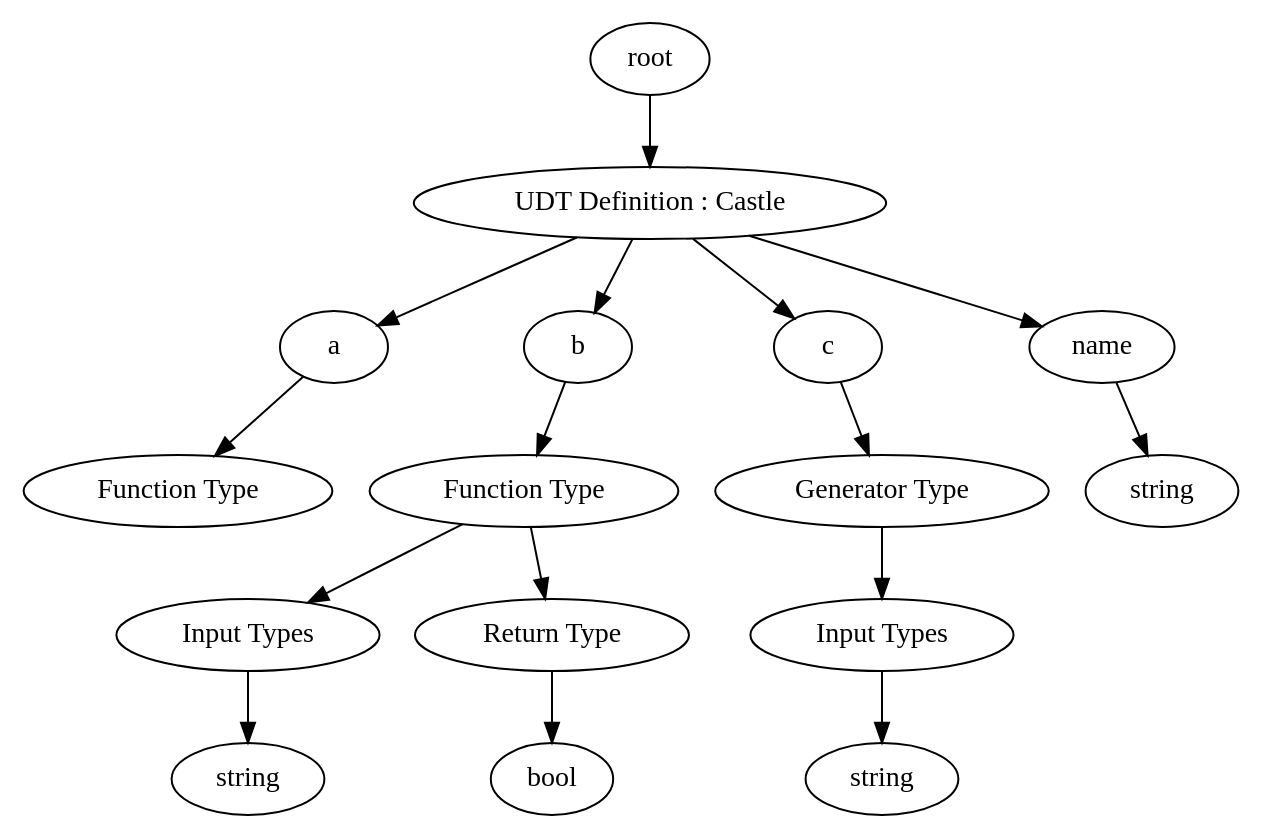
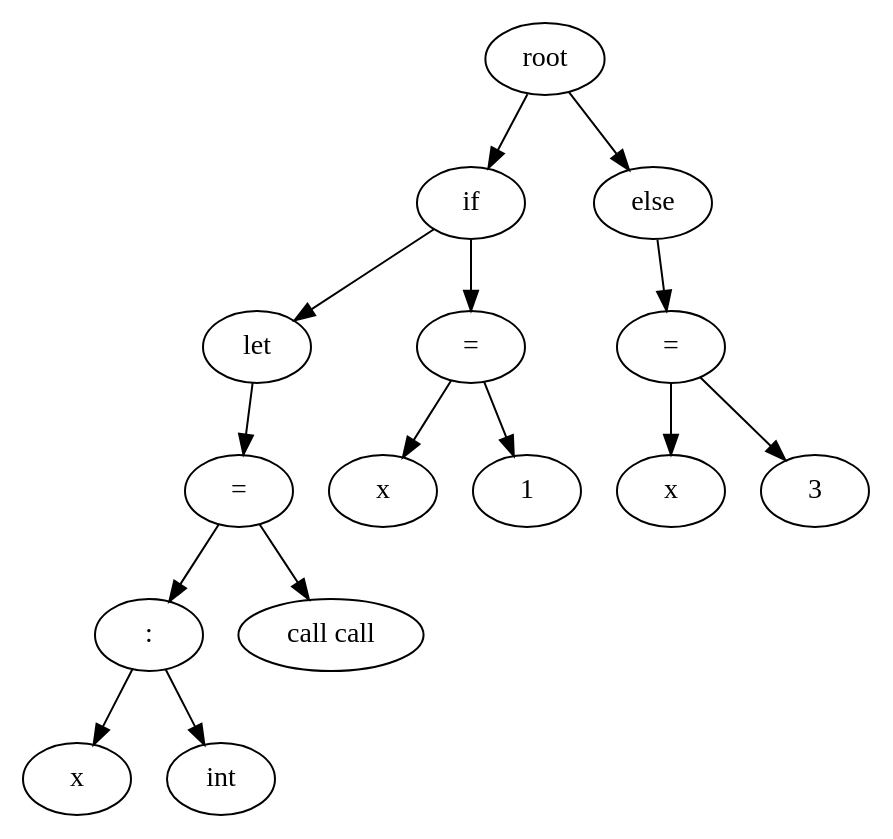
The diagram in examples/module.dot (pranav-ap/wasp-lang), drawn with Graphviz before and after one commit. The commit also changed 11 other files, not shown here.

```diff
--- a/examples/module.dot
+++ b/examples/module.dot
@@ -1,33 +1,31 @@
 digraph G { 
  "0"   [label="root"]; 
- "1"   [label="UDT Definition : Castle"]; 
+ "1"   [label="if"]; 
  "0" -> "1"; 
- "2"   [label="a"]; 
+ "2"   [label="let"]; 
  "1" -> "2"; 
- "3"   [label="Function Type"]; 
+ "3"   [label="="]; 
  "2" -> "3"; 
- "4"   [label="b"]; 
- "1" -> "4"; 
- "5"   [label="Function Type"]; 
+ "4"   [label=":"]; 
+ "3" -> "4"; 
+ "5"   [label="x"]; 
  "4" -> "5"; 
- "6"   [label="Input Types"]; 
- "5" -> "6"; 
- "7"   [label="string"]; 
- "6" -> "7"; 
- "8"   [label="Return Type"]; 
- "5" -> "8"; 
- "9"   [label="bool"]; 
+ "6"   [label="int"]; 
+ "4" -> "6"; 
+ "7"   [label="call call"]; 
+ "3" -> "7"; 
+ "8"   [label="="]; 
+ "1" -> "8"; 
+ "9"   [label="x"]; 
  "8" -> "9"; 
- "10"   [label="c"]; 
- "1" -> "10"; 
- "11"   [label="Generator Type"]; 
- "10" -> "11"; 
- "12"   [label="Input Types"]; 
+ "10"   [label="1"]; 
+ "8" -> "10"; 
+ "11"   [label="else"]; 
+ "0" -> "11"; 
+ "12"   [label="="]; 
  "11" -> "12"; 
- "13"   [label="string"]; 
+ "13"   [label="x"]; 
  "12" -> "13"; 
- "14"   [label="name"]; 
- "1" -> "14"; 
- "15"   [label="string"]; 
- "14" -> "15"; 
+ "14"   [label="3"]; 
+ "12" -> "14"; 
  }
```
